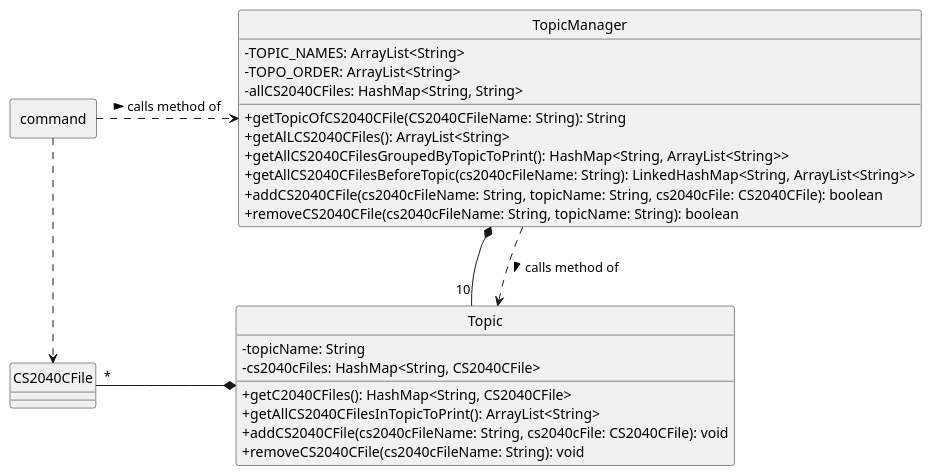
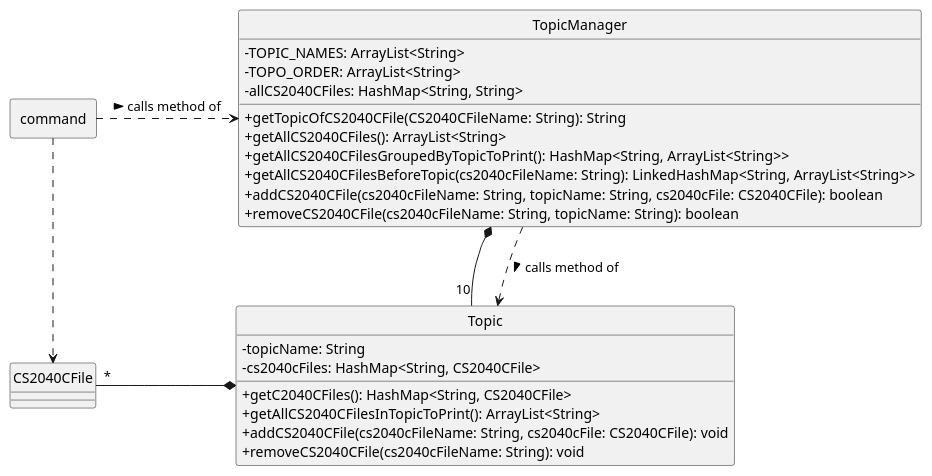
Before and after one commit to ong-ck/tp: the diagram in docs/class-diagrams/source-files/TopicManagerClass.puml, drawn with PlantUML. The commit also changed 3 other files, not shown here.

Commit message:
Add Logic sequence diagram

```diff
--- a/docs/class-diagrams/source-files/TopicManagerClass.puml
+++ b/docs/class-diagrams/source-files/TopicManagerClass.puml
@@ -1,41 +1,41 @@
 @startuml
 skinparam classAttributeIconSize 0
 hide circle
 
 together {
     package command <<rectangle>> {
     }
     class CS2040CFile {
     }
 }
 
 class TopicManager {
     -TOPIC_NAMES: ArrayList<String>
     -TOPO_ORDER: ArrayList<String>
     -allCS2040CFiles: HashMap<String, String>
     +getTopicOfCS2040CFile(CS2040CFileName: String): String
-    +getAlLCS2040CFiles(): ArrayList<String>
+    +getAllCS2040CFiles(): ArrayList<String>
     +getAllCS2040CFilesGroupedByTopicToPrint(): HashMap<String, ArrayList<String>>
     +getAllCS2040CFilesBeforeTopic(cs2040cFileName: String): LinkedHashMap<String, ArrayList<String>>
     +addCS2040CFile(cs2040cFileName: String, topicName: String, cs2040cFile: CS2040CFile): boolean
     +removeCS2040CFile(cs2040cFileName: String, topicName: String): boolean
 }
 
 class Topic {
     -topicName: String
     -cs2040cFiles: HashMap<String, CS2040CFile>
     +getC2040CFiles(): HashMap<String, CS2040CFile>
     +getAllCS2040CFilesInTopicToPrint(): ArrayList<String>
     +addCS2040CFile(cs2040cFileName: String, cs2040cFile: CS2040CFile): void
     +removeCS2040CFile(cs2040cFileName: String): void
 }
 
 
 
 TopicManager *-- "10" Topic
 command .> TopicManager: calls method of >
 TopicManager ..> Topic: calls method of >
 command ..> CS2040CFile
 Topic *- "*" CS2040CFile
 TopicManager -[hidden]-> Topic
 @enduml
```
